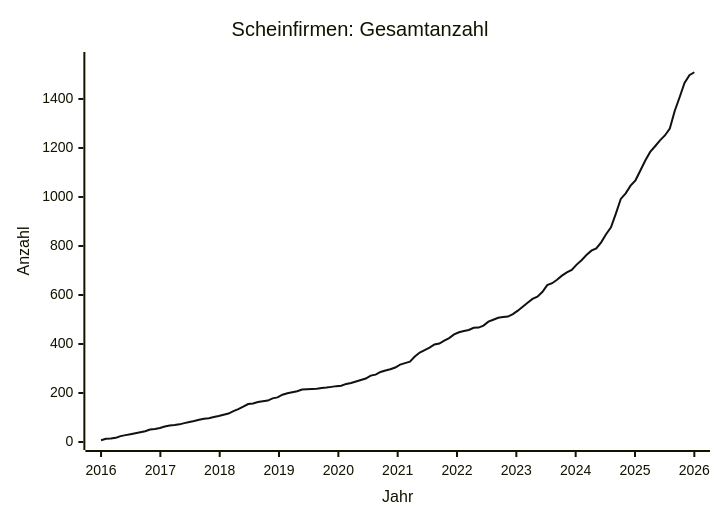
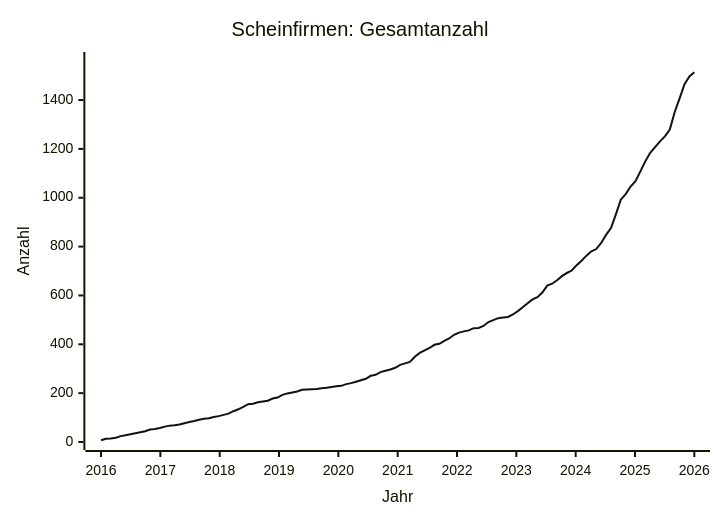
Before and after one commit to arjoma/scheinfirmen-at: the diagram in data/STATS.md, drawn with Mermaid. The commit also changed other lines of this file and 3 other files, not shown here.

````diff
--- a/data/STATS.md
+++ b/data/STATS.md
@@ -9,13 +9,13 @@
 ```mermaid
 ---
 config:
   themeVariables:
     xyChart:
       plotColorPalette: "#111111"
 ---
 xychart-beta
     title "Scheinfirmen: Gesamtanzahl"
     x-axis "Jahr" 2016 --> 2026
-    y-axis "Anzahl" 0 --> 1559
-    line [7, 13, 14, 17, 24, 28, 32, 36, 40, 44, 51, 53, 57, 63, 67, 69, 72, 77, 82, 86, 91, 95, 97, 102, 106, 111, 116, 126, 134, 144, 155, 157, 163, 166, 169, 178, 182, 193, 199, 203, 207, 214, 215, 216, 217, 220, 222, 225, 228, 230, 237, 241, 247, 253, 259, 271, 275, 286, 292, 297, 304, 316, 322, 328, 349, 365, 375, 385, 398, 402, 414, 424, 439, 448, 453, 457, 466, 467, 475, 491, 499, 507, 510, 512, 522, 536, 552, 568, 584, 593, 612, 640, 648, 662, 679, 692, 702, 724, 742, 763, 781, 790, 815, 848, 876, 932, 992, 1015, 1046, 1068, 1108, 1149, 1184, 1207, 1231, 1251, 1279, 1351, 1407, 1465, 1497, 1509]
+    y-axis "Anzahl" 0 --> 1564
+    line [7, 13, 14, 17, 24, 28, 32, 36, 40, 44, 51, 53, 57, 63, 67, 69, 72, 77, 82, 86, 91, 95, 97, 102, 106, 111, 116, 126, 134, 144, 155, 157, 163, 166, 169, 178, 182, 193, 199, 203, 207, 214, 215, 216, 217, 220, 222, 225, 228, 230, 237, 241, 247, 253, 259, 271, 275, 286, 292, 297, 304, 316, 322, 328, 349, 365, 375, 385, 398, 402, 414, 424, 439, 448, 453, 457, 466, 467, 475, 491, 499, 507, 510, 512, 522, 536, 552, 568, 584, 593, 612, 640, 648, 662, 679, 692, 702, 724, 742, 763, 781, 790, 815, 848, 876, 932, 992, 1015, 1046, 1068, 1108, 1149, 1184, 1207, 1231, 1251, 1279, 1351, 1407, 1465, 1497, 1514]
 ```
````
